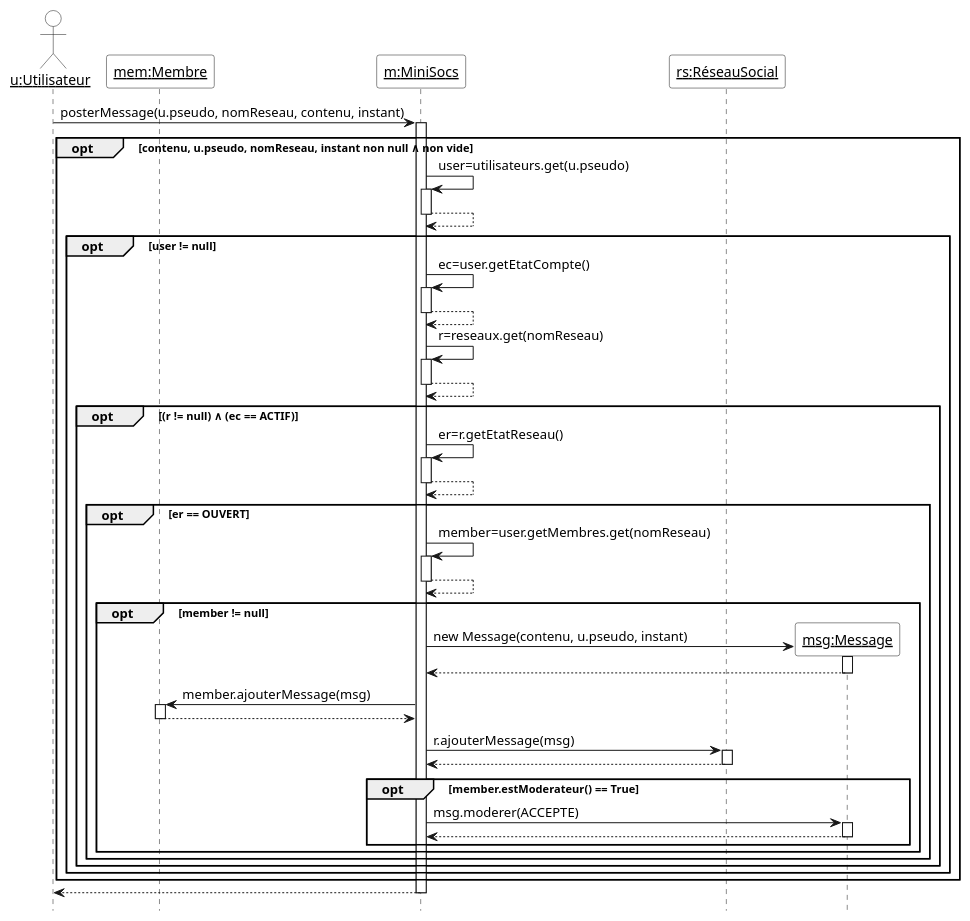
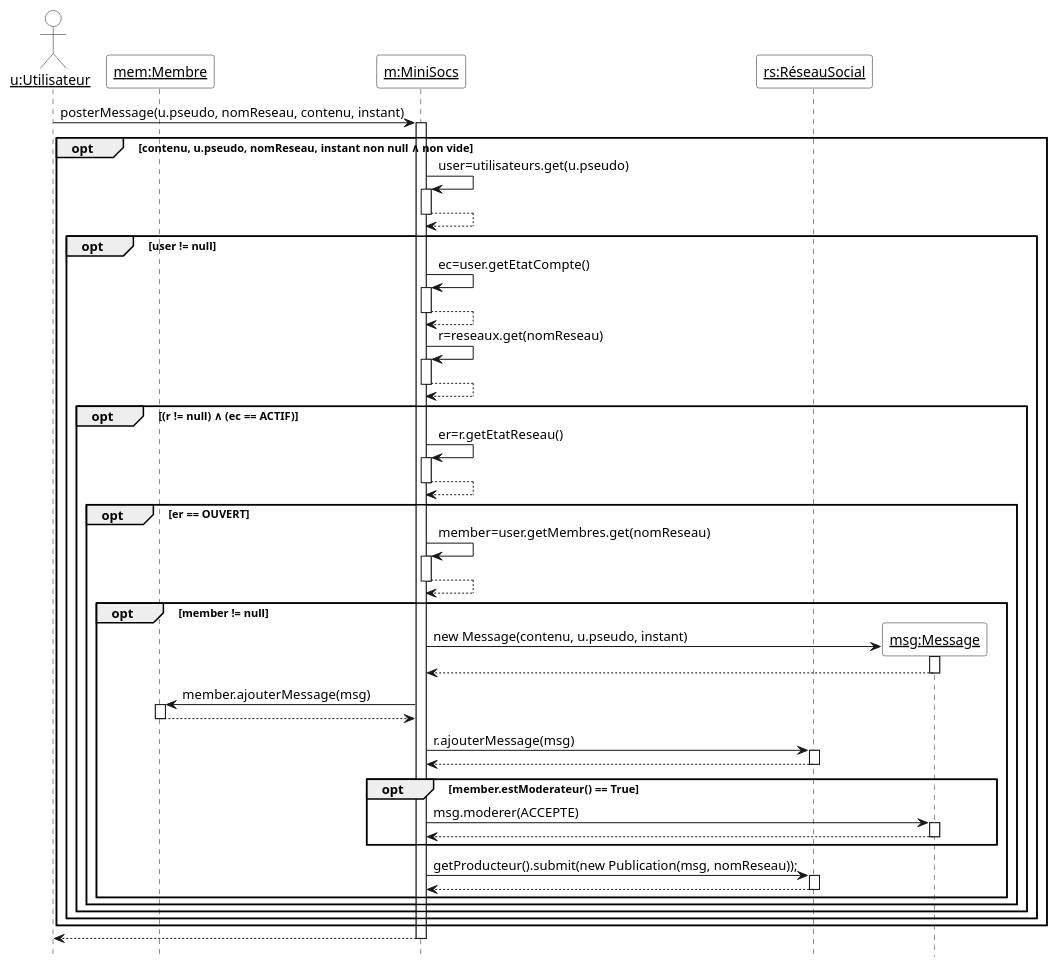
One commit to ThELud0/Minisocs changed the diagram in Diagrammes/minisocs_uml_diag_seq_poster_message.pu. Above: the diagram before and after it, drawn with PlantUML. The commit also changed 12 other files, not shown here.

Commit message:
diagramme classe et sequence

```diff
--- a/Diagrammes/minisocs_uml_diag_seq_poster_message.pu
+++ b/Diagrammes/minisocs_uml_diag_seq_poster_message.pu
@@ -1,58 +1,59 @@
 @startuml
 
 'Diagramme de séquence (PlantUML)'
 
 'Configuration charte graphique'
 hide footbox
 skinparam sequenceParticipantBackgroundColor White
 skinparam sequenceActorBackgroundColor White
 
 'Déclaration des acteurs et des participants (déjà existants avant la séquence)'
 
 actor "__u:Utilisateur__" as u
 participant "__mem:Membre__" as mem
 participant "__m:MiniSocs__" as m
 participant "__rs:RéseauSocial__" as rs
 
 'Séquence avec les messages, les créations de participants, etc.'
 
 u -> m ++ : posterMessage(u.pseudo, nomReseau, contenu, instant)
 opt contenu, u.pseudo, nomReseau, instant non null ∧ non vide
 m -> m ++ : user=utilisateurs.get(u.pseudo)
 return
 opt user != null
 m -> m ++ : ec=user.getEtatCompte()
 return
 m -> m ++ : r=reseaux.get(nomReseau)
 return
 opt (r != null) ∧ (ec == ACTIF)
 m -> m ++ : er=r.getEtatReseau()
 return
 opt er == OUVERT
 m -> m ++ : member=user.getMembres.get(nomReseau)
 return
 opt member != null
 create "__msg:Message__" as msg
 m -> msg ++ : new Message(contenu, u.pseudo, instant)
 return
 m -> mem ++ : member.ajouterMessage(msg)
 return
 m -> rs ++ : r.ajouterMessage(msg)
 return
 opt member.estModerateur() == True
 m -> msg ++ : msg.moderer(ACCEPTE)
 return
 end
-
+m -> rs ++ : getProducteur().submit(new Publication(msg, nomReseau));
+return
 end
 end
 end
 end
 end
 return
 
 
 
 
 
 @enduml
```
